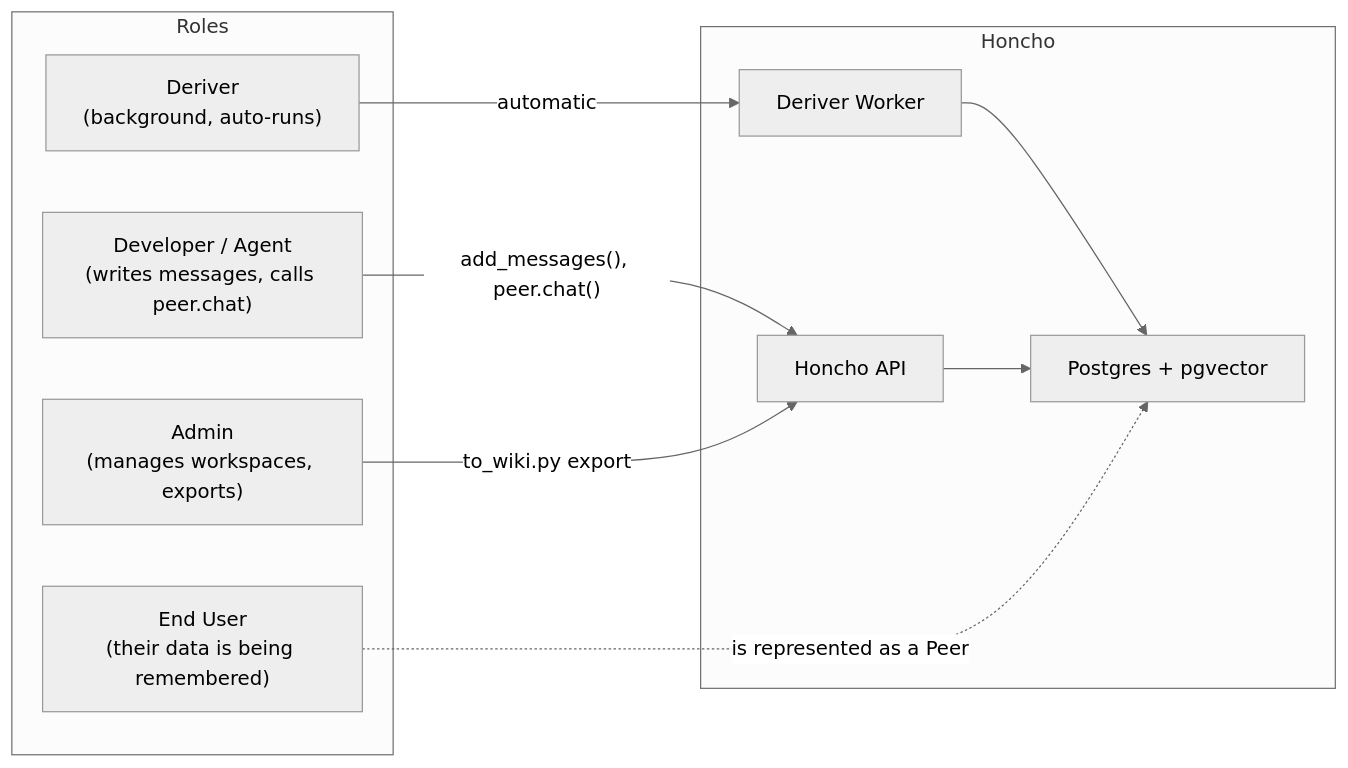
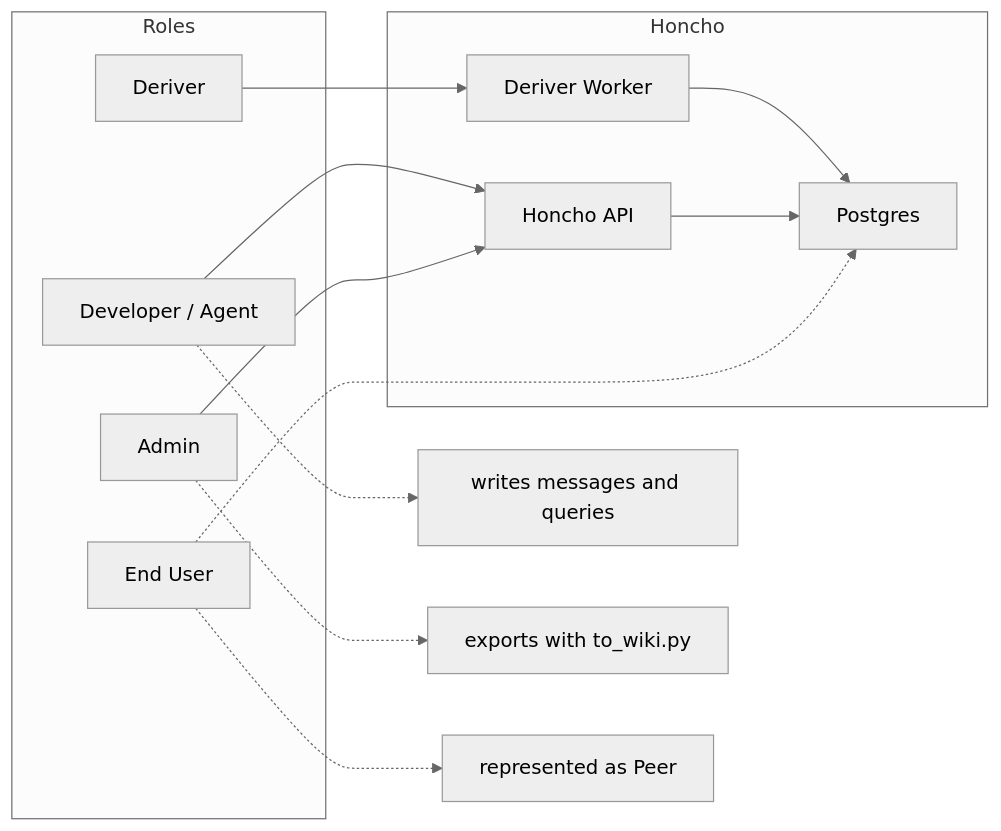
Before and after one commit to beyhanmeyrali/BMsCodingMarket: the fifth of 7 diagrams in docs/HONCHO_SETUP_GUIDE.md, drawn with Mermaid (neutral theme). The commit also changed other lines of this file and 1 other file, not shown here.

First line of the commit message:
Fix Mermaid diagrams and update README for local Honcho

````diff
--- a/docs/HONCHO_SETUP_GUIDE.md
+++ b/docs/HONCHO_SETUP_GUIDE.md
@@ -180,22 +190,30 @@
 ```mermaid
 graph LR
     subgraph Roles
-        Dev["Developer / Agent\n(writes messages, calls peer.chat)"]
-        Deriver["Deriver\n(background, auto-runs)"]
-        User["End User\n(their data is being remembered)"]
-        Admin["Admin\n(manages workspaces, exports)"]
+        Dev["Developer / Agent"]
+        Deriver["Deriver"]
+        User["End User"]
+        Admin["Admin"]
     end
 
     subgraph Honcho
         API["Honcho API"]
-        DB["Postgres + pgvector"]
+        DB["Postgres"]
         Worker["Deriver Worker"]
     end
 
-    Dev -->|"add_messages(), peer.chat()"| API
-    Deriver -->|automatic| Worker
+    Dev --> API
+    Deriver --> Worker
     Worker --> DB
-    Admin -->|"to_wiki.py export"| API
+    Admin --> API
     API --> DB
-    User -.->|"is represented as a Peer"| DB
+    User -.-> DB
+
+    noteDev[writes messages and queries]
+    noteAdmin[exports with to_wiki.py]
+    noteUser[represented as Peer]
+
+    Dev -.-> noteDev
+    Admin -.-> noteAdmin
+    User -.-> noteUser
 ```
````
